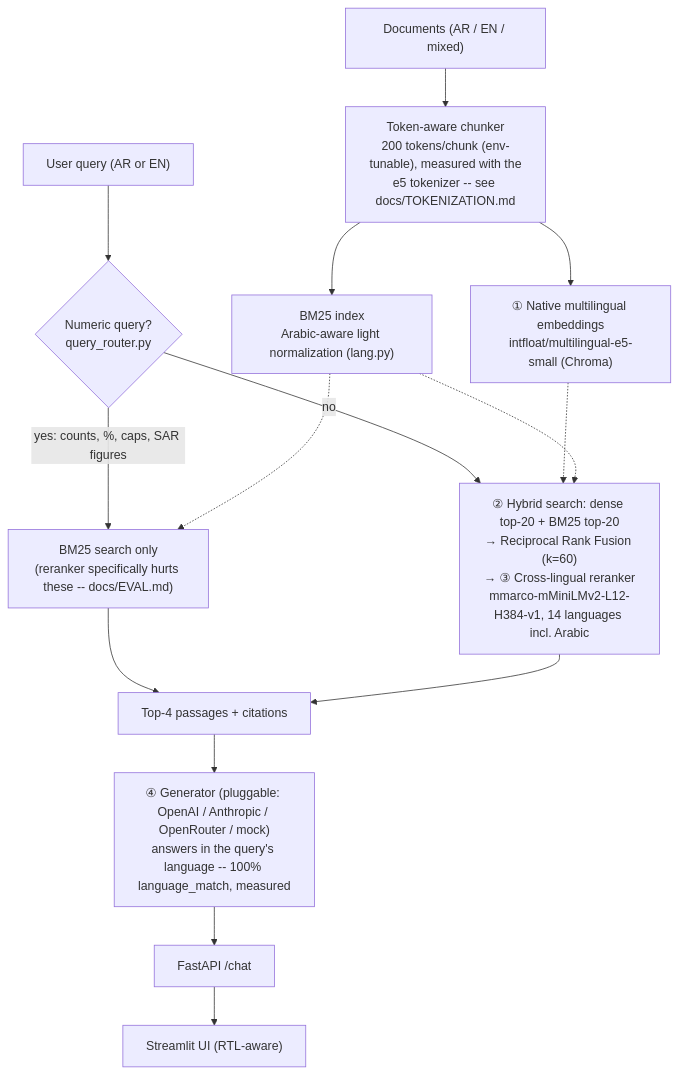
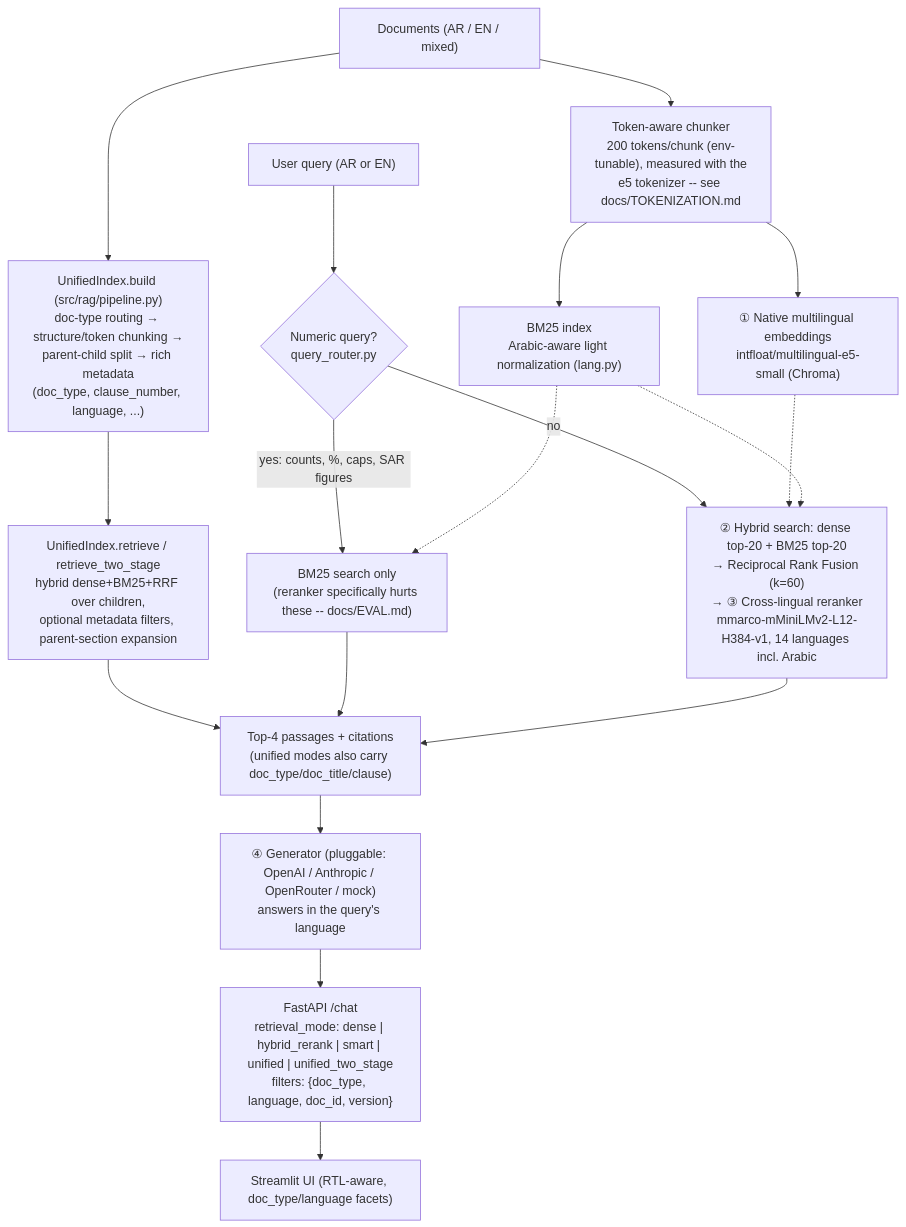
The diagram in README.md (YousefZahran1/bilingual-rag), drawn with Mermaid before and after one commit. The commit also changed other lines of this file and 18 other files, not shown here.

First line of the commit message:
feat(api,ui): wire UnifiedIndex into /chat and Streamlit (modes, facets, 409 guard); eval parity for unified modes (#1)

````diff
--- a/README.md
+++ b/README.md
@@ -19,18 +19,22 @@
 ```mermaid
 flowchart TD
     Docs["Documents (AR / EN / mixed)"] --> Chunk["Token-aware chunker<br/>200 tokens/chunk (env-tunable), measured with the<br/>e5 tokenizer -- see docs/TOKENIZATION.md"]
     Chunk --> Dense["① Native multilingual embeddings<br/>intfloat/multilingual-e5-small (Chroma)"]
     Chunk --> BM25idx["BM25 index<br/>Arabic-aware light normalization (lang.py)"]
 
     Query["User query (AR or EN)"] --> Router{"Numeric query?<br/>query_router.py"}
     Router -- "yes: counts, %, caps, SAR figures" --> BM25Search["BM25 search only<br/>(reranker specifically hurts these -- docs/EVAL.md)"]
     Router -- "no" --> Hybrid["② Hybrid search: dense top-20 + BM25 top-20<br/>→ Reciprocal Rank Fusion (k=60)<br/>→ ③ Cross-lingual reranker<br/>mmarco-mMiniLMv2-L12-H384-v1, 14 languages incl. Arabic"]
     Dense -.-> Hybrid
     BM25idx -.-> Hybrid
     BM25idx -.-> BM25Search
 
-    BM25Search --> Passages["Top-4 passages + citations"]
+    Docs --> Unified["UnifiedIndex.build (src/rag/pipeline.py)<br/>doc-type routing → structure/token chunking →<br/>parent-child split → rich metadata<br/>(doc_type, clause_number, language, ...)"]
+    Unified --> UnifiedRetrieve["UnifiedIndex.retrieve / retrieve_two_stage<br/>hybrid dense+BM25+RRF over children,<br/>optional metadata filters, parent-section expansion"]
+    UnifiedRetrieve --> Passages
+
+    BM25Search --> Passages["Top-4 passages + citations<br/>(unified modes also carry doc_type/doc_title/clause)"]
     Hybrid --> Passages
-    Passages --> Gen["④ Generator (pluggable: OpenAI / Anthropic / OpenRouter / mock)<br/>answers in the query's language -- 100% language_match, measured"]
-    Gen --> API["FastAPI /chat"] --> UI["Streamlit UI (RTL-aware)"]
+    Passages --> Gen["④ Generator (pluggable: OpenAI / Anthropic / OpenRouter / mock)<br/>answers in the query's language"]
+    Gen --> API["FastAPI /chat<br/>retrieval_mode: dense | hybrid_rerank | smart | unified | unified_two_stage<br/>filters: {doc_type, language, doc_id, version}"] --> UI["Streamlit UI (RTL-aware, doc_type/language facets)"]
 ```
````
